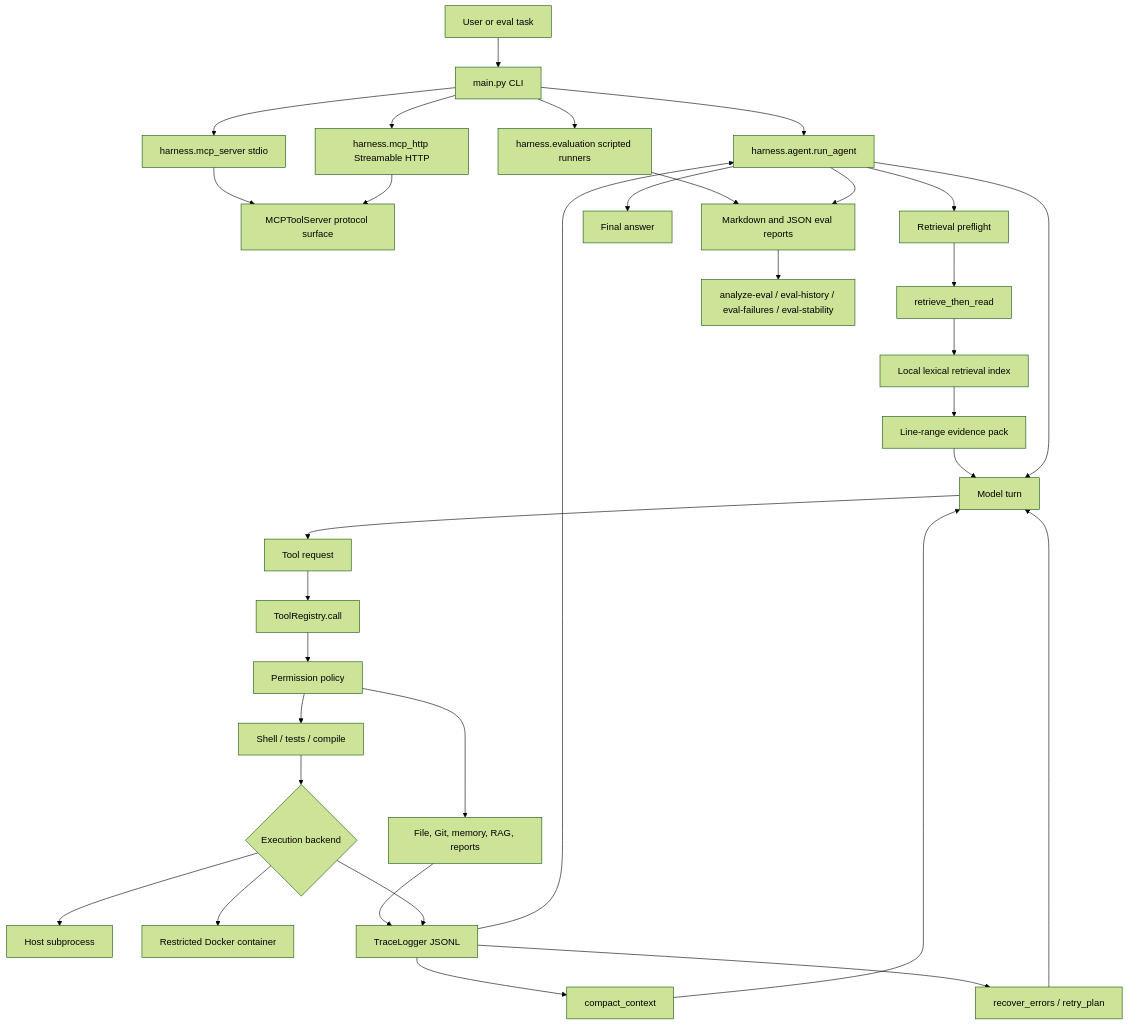
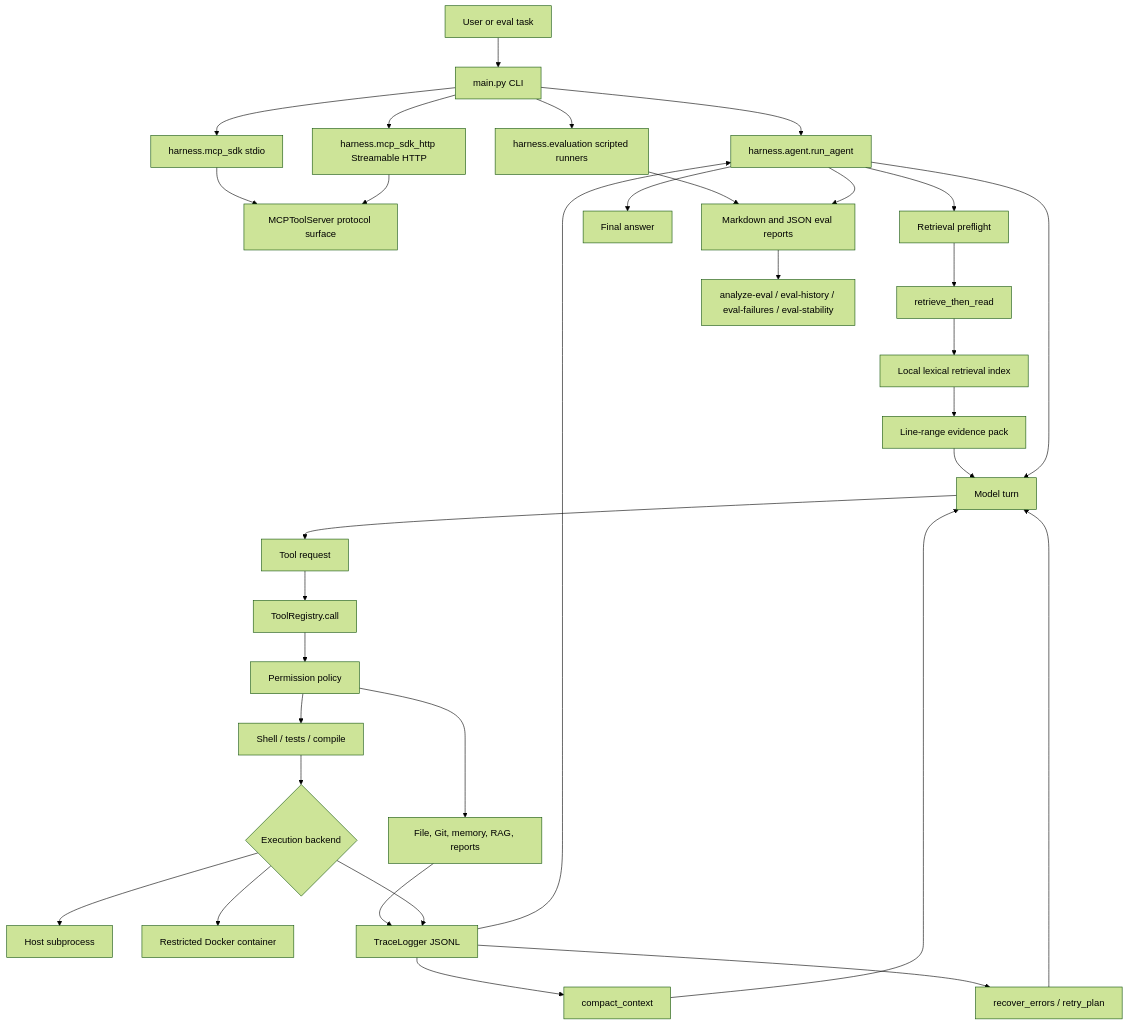
The first of 5 diagrams in docs/ARCHITECTURE.md (Userss1234/mini-coding-agent-harness), drawn with Mermaid (forest theme) before and after one commit. The commit also changed other lines of this file and 9 other files, not shown here.

Commit message:
feat: switch MCP HTTP consumers to SDK v2

````diff
--- a/docs/ARCHITECTURE.md
+++ b/docs/ARCHITECTURE.md
@@ -7,39 +7,39 @@
 ```mermaid
 flowchart TD
     U["User or eval task"] --> CLI["main.py CLI"]
     CLI --> Agent["harness.agent.run_agent"]
     CLI --> Scripted["harness.evaluation scripted runners"]
-    CLI --> MCPStdio["harness.mcp_server stdio"]
-    CLI --> MCPHTTP["harness.mcp_http Streamable HTTP"]
+    CLI --> MCPStdio["harness.mcp_sdk stdio"]
+    CLI --> MCPHTTP["harness.mcp_sdk_http Streamable HTTP"]
     MCPStdio --> MCPProtocol["MCPToolServer protocol surface"]
     MCPHTTP --> MCPProtocol
 
     Agent --> Preflight["Retrieval preflight"]
     Preflight --> RTR["retrieve_then_read"]
     RTR --> RAG["Local lexical retrieval index"]
     RAG --> Evidence["Line-range evidence pack"]
     Evidence --> Model["Model turn"]
 
     Agent --> Model
     Model --> ToolUse["Tool request"]
     ToolUse --> Registry["ToolRegistry.call"]
     Registry --> Policy["Permission policy"]
     Policy --> Tools["File, Git, memory, RAG, reports"]
     Policy --> Execute["Shell / tests / compile"]
     Execute --> Backend{"Execution backend"}
     Backend --> Host["Host subprocess"]
     Backend --> Docker["Restricted Docker container"]
     Tools --> Trace["TraceLogger JSONL"]
     Backend --> Trace
     Trace --> Agent
 
     Trace --> Compact["compact_context"]
     Trace --> Retry["recover_errors / retry_plan"]
     Compact --> Model
     Retry --> Model
 
     Agent --> Answer["Final answer"]
     Scripted --> EvalReport["Markdown and JSON eval reports"]
     Agent --> EvalReport
     EvalReport --> Analysis["analyze-eval / eval-history / eval-failures / eval-stability"]
 ```
````
